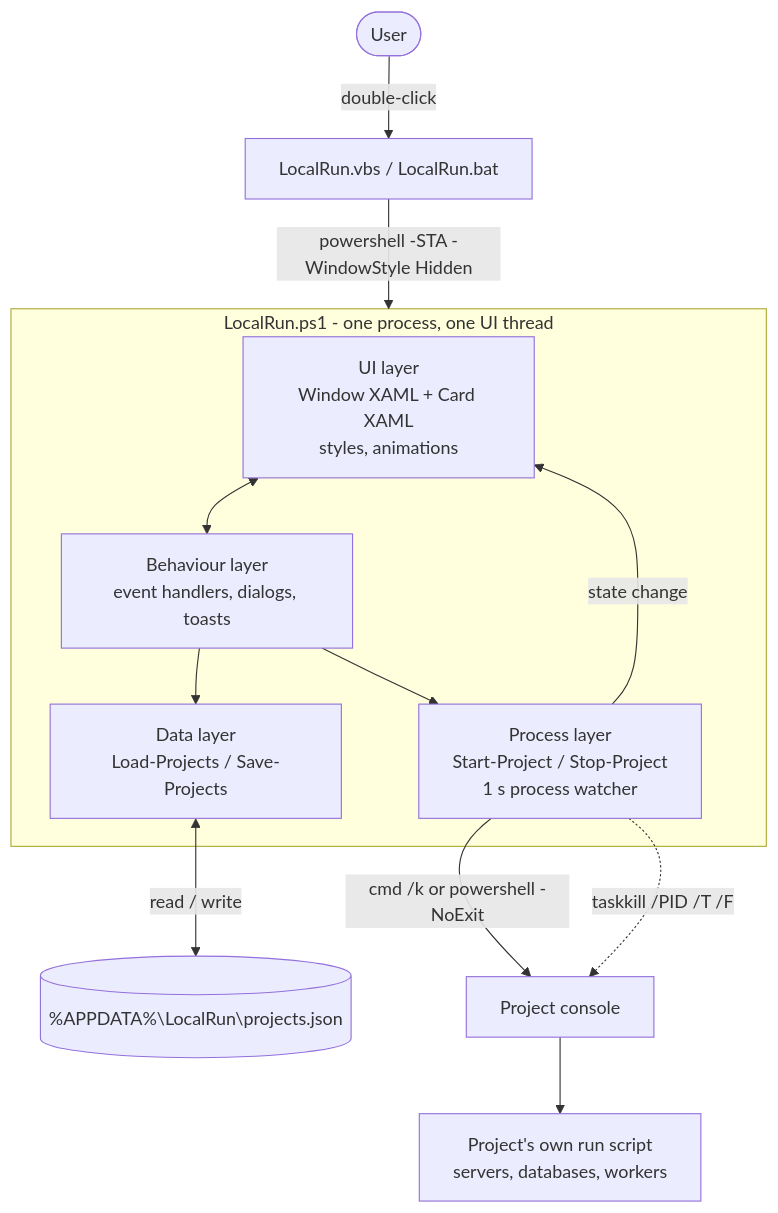
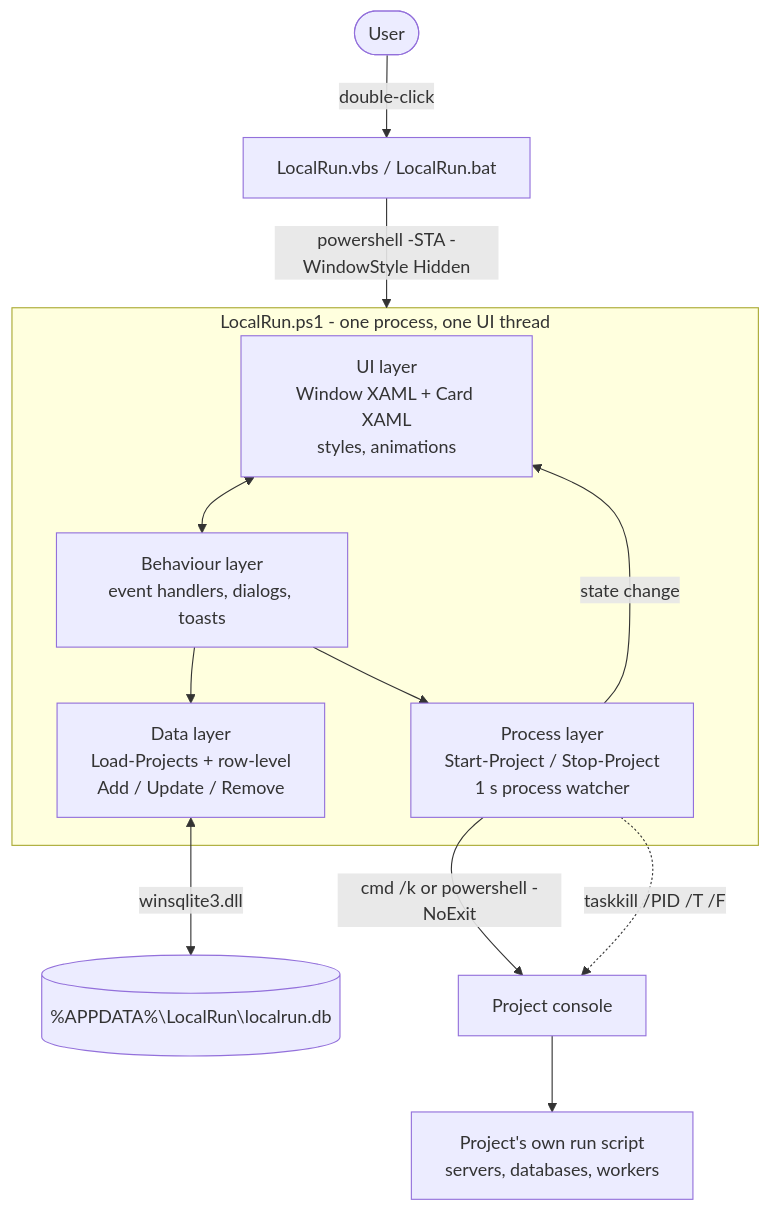
One commit to ToukirAhamedPigeon/LocalRun changed the diagram in README.md. Above: the diagram before and after it, drawn with Mermaid. The commit also changed other lines of this file and 2 other files, not shown here.

First line of the commit message:
Store projects in SQLite (v1.1.0)

````diff
--- a/README.md
+++ b/README.md
@@ -66,21 +68,21 @@
 ```mermaid
 flowchart TD
     U([User]) -->|double-click| L[LocalRun.vbs / LocalRun.bat]
     L -->|powershell -STA -WindowStyle Hidden| APP
 
     subgraph APP[LocalRun.ps1 - one process, one UI thread]
         UI[UI layer<br/>Window XAML + Card XAML<br/>styles, animations]
         EV[Behaviour layer<br/>event handlers, dialogs, toasts]
-        DATA[Data layer<br/>Load-Projects / Save-Projects]
+        DATA[Data layer<br/>Load-Projects + row-level<br/>Add / Update / Remove]
         PROC[Process layer<br/>Start-Project / Stop-Project<br/>1 s process watcher]
         UI <--> EV
         EV --> DATA
         EV --> PROC
         PROC -->|state change| UI
     end
 
-    DATA <-->|read / write| J[(%APPDATA%\LocalRun\projects.json)]
+    DATA <-->|winsqlite3.dll| J[(%APPDATA%\LocalRun\localrun.db)]
     PROC -->|cmd /k or powershell -NoExit| C1[Project console]
     C1 --> S1[Project's own run script<br/>servers, databases, workers]
     PROC -.->|taskkill /PID /T /F| C1
 ```
````
